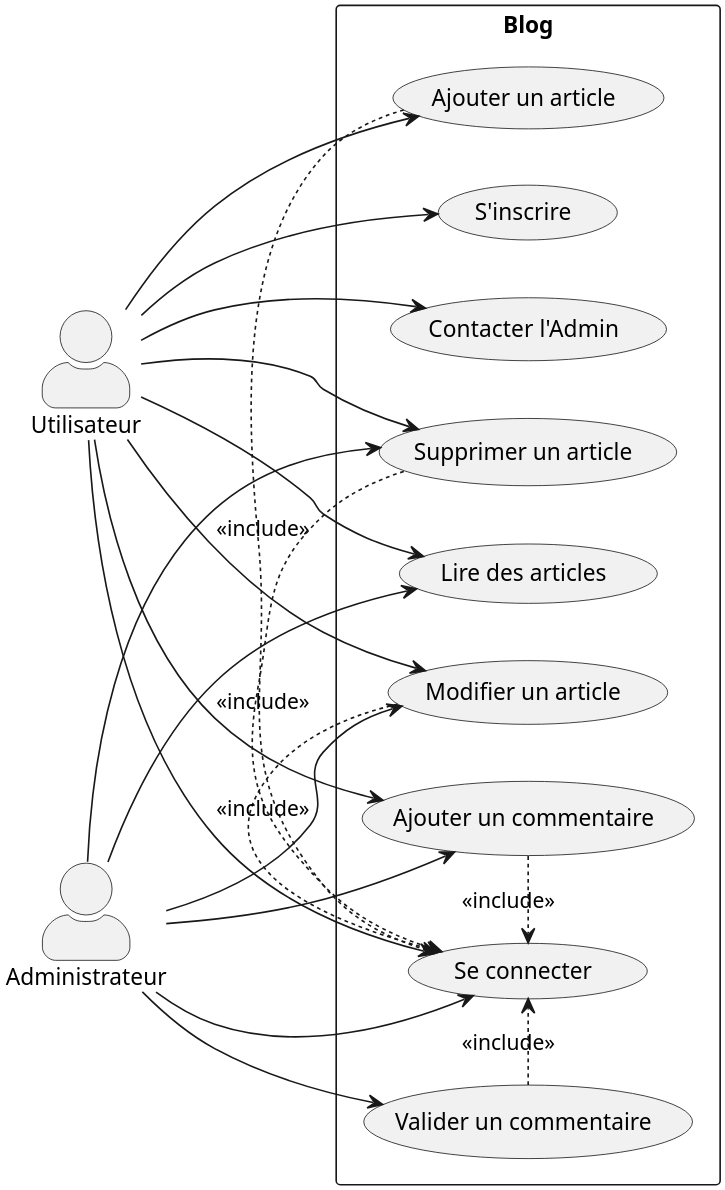
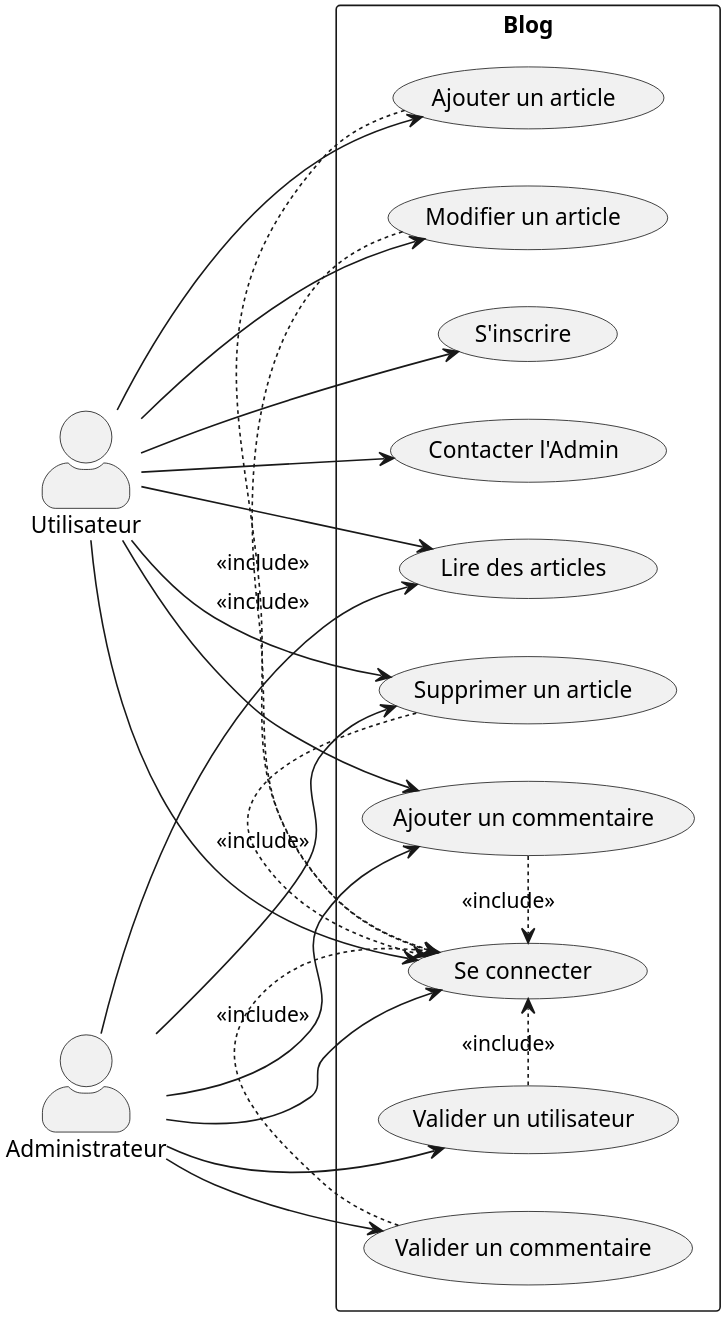
Before and after one commit to Waarrez/Blog-PHP-Projet-Openclassrooms: the diagram in diagrammes/diagramme de cas d'utilisation/cas_utilisation.puml, drawn with PlantUML.

Commit message:
change usecase

```diff
--- a/diagrammes/diagramme de cas d'utilisation/cas_utilisation.puml
+++ b/diagrammes/diagramme de cas d'utilisation/cas_utilisation.puml
@@ -1,44 +1,46 @@
 @startuml
 
 left to right direction
 skinparam actorStyle awesome
 scale 3
 
 actor "Utilisateur" as User
 actor "Administrateur" as Admin
 
 rectangle Blog {
     usecase "Lire des articles" as U1
     usecase "S'inscrire" as U2
     usecase "Se connecter" as U3
     usecase "Ajouter un commentaire" as U4
     usecase "Valider un commentaire" as U7
     usecase "Contacter l'Admin" as U8
     usecase "Ajouter un article" as U5
     usecase "Modifier un article" as U6
     usecase "Supprimer un article" as U9
+    usecase "Valider un utilisateur" as U10
 }
 
 User -down-> U1
 User -down-> U2
 User -down-> U3
 User -down-> U4
 User -down-> U5
 User -down-> U6
 User -down-> U8
 User -down-> U9
 
 Admin -down-> U1
 Admin -down-> U3
 Admin -down-> U4
-Admin -down-> U6
 Admin -down-> U7
 Admin -down-> U9
+Admin -down-> U10
 
 U4 .> U3 : <<include>>
 U5 .> U3 : <<include>>
 U6 .> U3 : <<include>>
 U7 .> U3 : <<include>>
 U9 .> U3 : <<include>>
+U10 .> U3 : <<include>>
 
 @enduml
```
